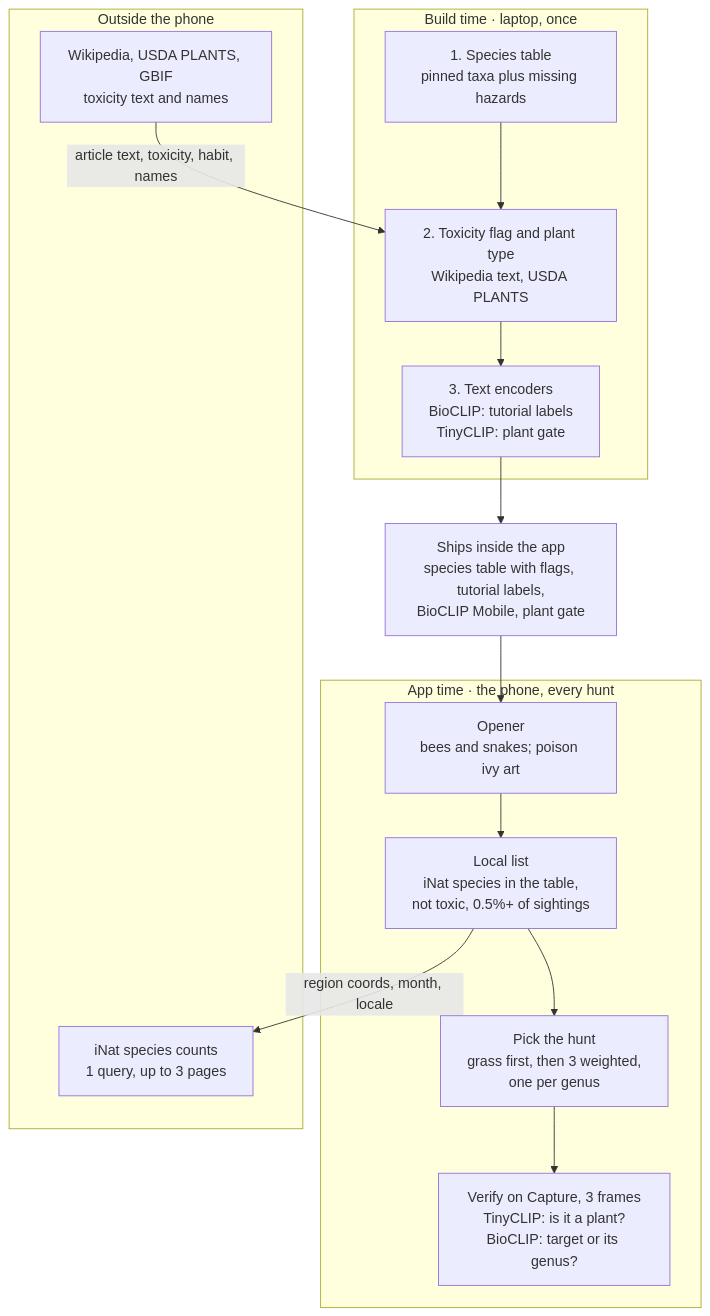
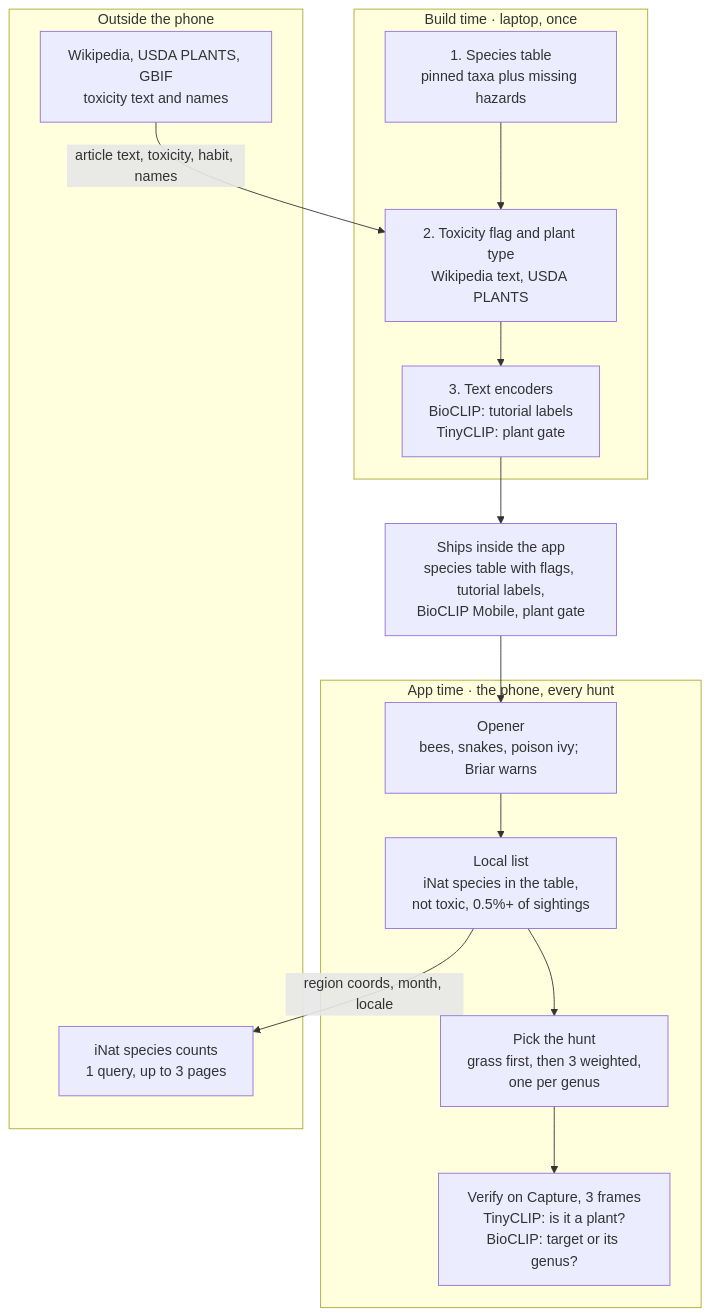
One commit to anchildress1/wild-find changed the diagram in docs/PRD.md. Above: the diagram before and after it, drawn with Mermaid. The commit also changed other lines of this file and 104 other files, not shown here.

````diff
--- a/docs/PRD.md
+++ b/docs/PRD.md
@@ -179,34 +180,34 @@
 ```mermaid
 %%{init: {'theme': 'default'}}%%
 flowchart TD
     accTitle: wild-find architecture
     accDescr: Build time runs once on a laptop and ships the species table with hazard and toxicity flags, the tutorial label vectors, BioCLIP Mobile, and the plant gate inside the app. At app time the phone pulls the local species list, filters it against the table, picks the hunt, and verifies each capture with the plant gate and BioCLIP. Photos and precise location never leave the phone.
 
     subgraph build["Build time · laptop, once"]
         B1["1. Species table<br/>pinned taxa plus missing hazards"]
         B2["2. Toxicity flag and plant type<br/>Wikipedia text, USDA PLANTS"]
         B3["3. Text encoders<br/>BioCLIP: tutorial labels<br/>TinyCLIP: plant gate"]
         B1 --> B2 --> B3
     end
 
     SHIP["Ships inside the app<br/>species table with flags, tutorial labels,<br/>BioCLIP Mobile, plant gate"]
     B3 --> SHIP
 
     subgraph app["App time · the phone, every hunt"]
-        A1["Opener<br/>bees and snakes; poison ivy art"]
+        A1["Opener<br/>bees, snakes, poison ivy; Briar warns"]
         A2["Local list<br/>iNat species in the table,<br/>not toxic, 0.5%+ of sightings"]
         A3["Pick the hunt<br/>grass first, then 3 weighted,<br/>one per genus"]
         A5["Verify on Capture, 3 frames<br/>TinyCLIP: is it a plant?<br/>BioCLIP: target or its genus?"]
         A1 --> A2 --> A3 --> A5
     end
 
     SHIP --> A1
 
     subgraph outside["Outside the phone"]
         E2["Wikipedia, USDA PLANTS, GBIF<br/>toxicity text and names"]
         E3["iNat species counts<br/>1 query, up to 3 pages"]
     end
 
     E2 -- "article text, toxicity, habit, names" --> B2
     A2 -- "region coords, month, locale" --> E3
 ```
````
